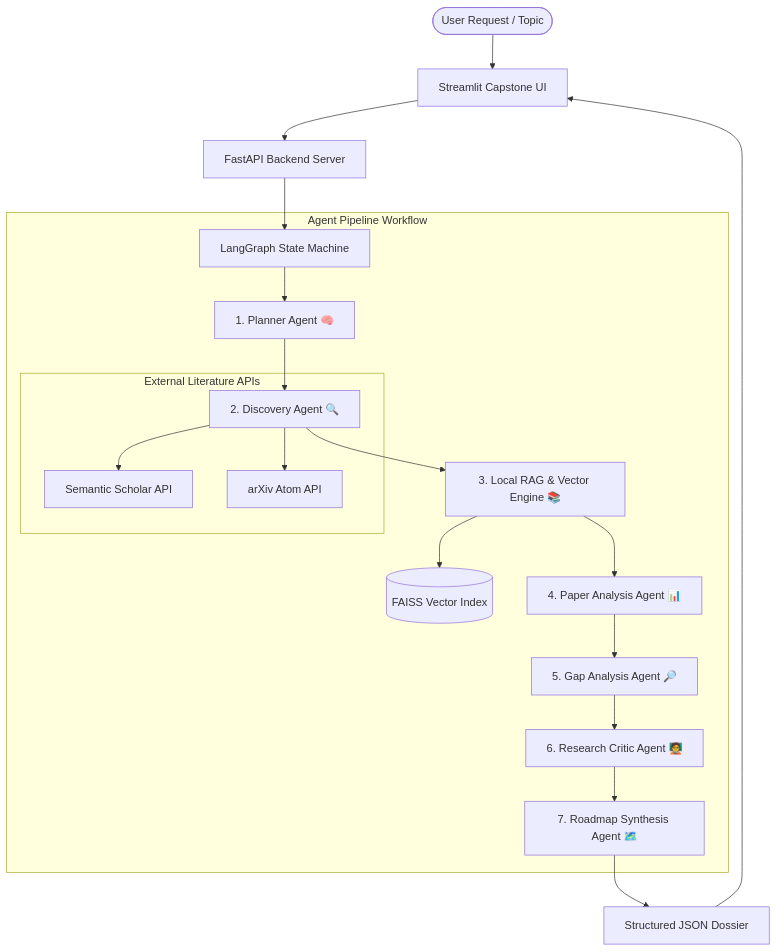
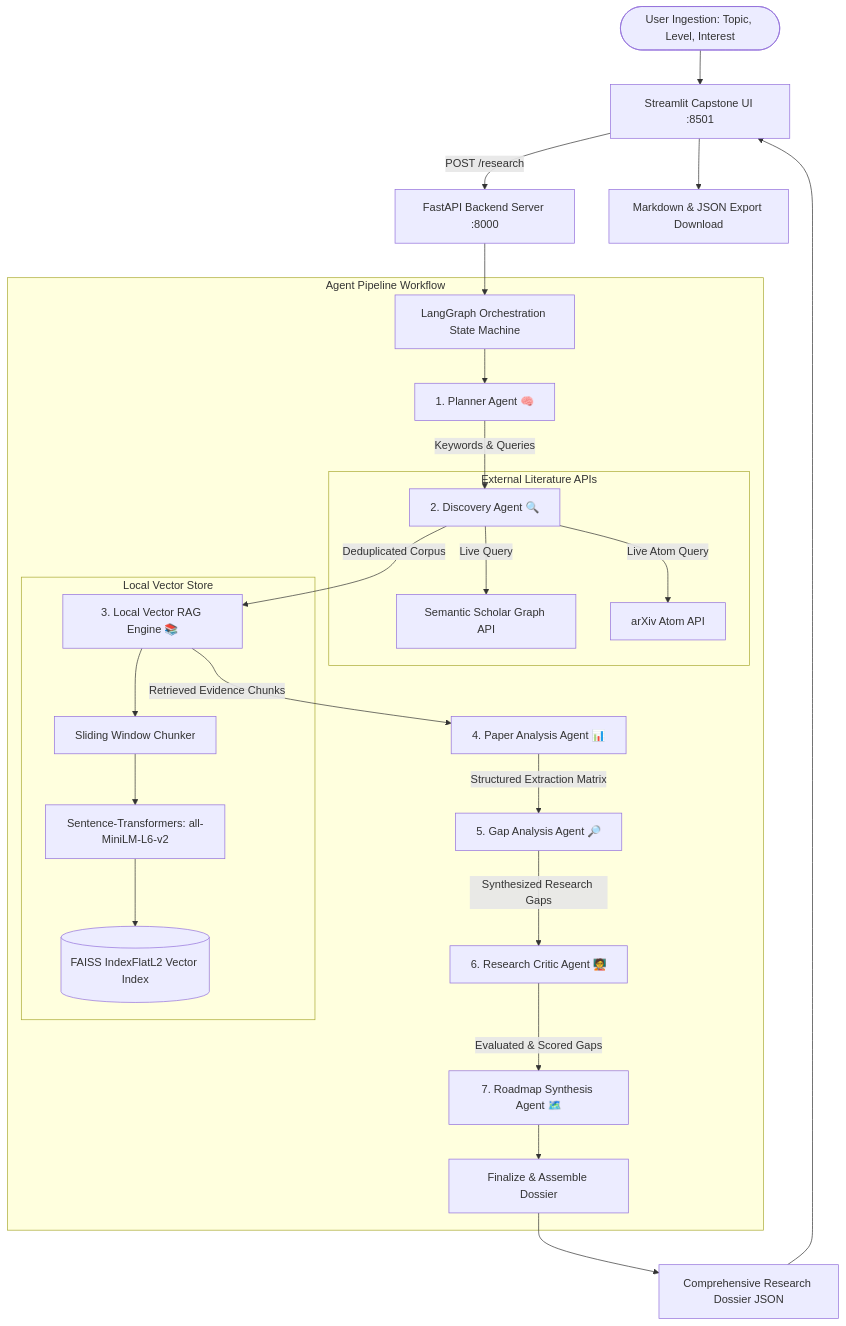
Before and after one commit to EmaanSwati001/ReSearchAI: the diagram in README.md, drawn with Mermaid. The commit also changed other lines of this file, not shown here.

````diff
--- a/README.md
+++ b/README.md
@@ -25,27 +29,34 @@
 ```mermaid
-graph TD
-    User([User Request / Topic]) --> UI[Streamlit Capstone UI]
-    UI --> API[FastAPI Backend Server]
-    API --> Orchestration[LangGraph State Machine]
+flowchart TD
+    User([User Ingestion: Topic, Level, Interest]) --> UI[Streamlit Capstone UI :8501]
+    UI -->|POST /research| API[FastAPI Backend Server :8000]
+    API --> Graph[LangGraph Orchestration State Machine]
 
     subgraph Agent Pipeline Workflow
-        Orchestration --> Agent1[1. Planner Agent 🧠]
-        Agent1 --> Agent2[2. Discovery Agent 🔍]
+        Graph --> Agent1[1. Planner Agent 🧠]
+        Agent1 -->|Keywords & Queries| Agent2[2. Discovery Agent 🔍]
+
+        subgraph External Literature APIs
+            Agent2 -->|Live Query| SS[Semantic Scholar Graph API]
+            Agent2 -->|Live Atom Query| ArXiv[arXiv Atom API]
+        end
+
+        Agent2 -->|Deduplicated Corpus| Agent3[3. Local Vector RAG Engine 📚]
         
-        subgraph External Literature APIs
-            Agent2 --> SS[Semantic Scholar API]
-            Agent2 --> ArXiv[arXiv Atom API]
+        subgraph Local Vector Store
+            Agent3 --> Chunker[Sliding Window Chunker]
+            Chunker --> Embedder[Sentence-Transformers: all-MiniLM-L6-v2]
+            Embedder --> FAISS[(FAISS IndexFlatL2 Vector Index)]
         end
-        
-        Agent2 --> Agent3[3. Local RAG & Vector Engine 📚]
-        Agent3 --> FAISS[(FAISS Vector Index)]
-        
-        Agent3 --> Agent4[4. Paper Analysis Agent 📊]
-        Agent4 --> Agent5[5. Gap Analysis Agent 🔎]
-        Agent5 --> Agent6[6. Research Critic Agent 🧑‍🏫]
-        Agent6 --> Agent7[7. Roadmap Synthesis Agent 🗺️]
+
+        Agent3 -->|Retrieved Evidence Chunks| Agent4[4. Paper Analysis Agent 📊]
+        Agent4 -->|Structured Extraction Matrix| Agent5[5. Gap Analysis Agent 🔎]
+        Agent5 -->|Synthesized Research Gaps| Agent6[6. Research Critic Agent 🧑‍🏫]
+        Agent6 -->|Evaluated & Scored Gaps| Agent7[7. Roadmap Synthesis Agent 🗺️]
+        Agent7 --> Finalize[Finalize & Assemble Dossier]
     end
 
-    Agent7 --> Response[Structured JSON Dossier]
+    Finalize --> Response[Comprehensive Research Dossier JSON]
     Response --> UI
+    UI --> Export[Markdown & JSON Export Download]
 ```
````
